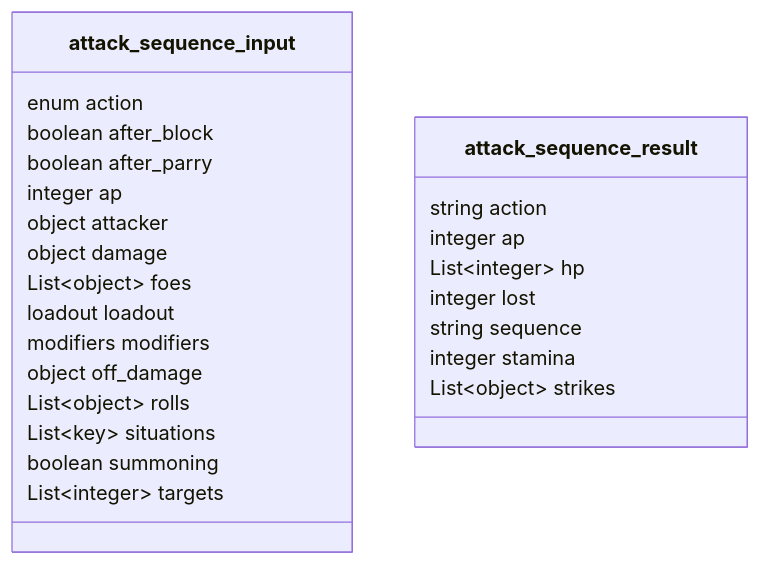
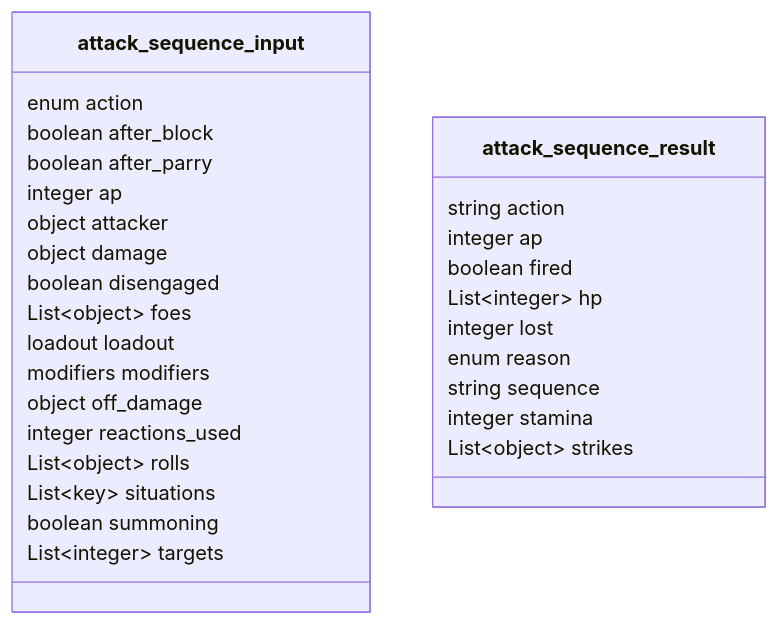
Before and after one commit to SETA1609/riftweave-core: the fourth of 30 diagrams in docs/backend/contract-diagram.md, drawn with Mermaid. The commit also changed other lines of this file and 145 other files, not shown here.

````diff
--- a/docs/backend/contract-diagram.md
+++ b/docs/backend/contract-diagram.md
@@ -186,28 +186,32 @@
 ```mermaid
 classDiagram
     class attack_sequence_input {
         enum action
         boolean after_block
         boolean after_parry
         integer ap
         object attacker
         object damage
+        boolean disengaged
         List~object~ foes
         loadout loadout
         modifiers modifiers
         object off_damage
+        integer reactions_used
         List~object~ rolls
         List~key~ situations
         boolean summoning
         List~integer~ targets
     }
     class attack_sequence_result {
         string action
         integer ap
+        boolean fired
         List~integer~ hp
         integer lost
+        enum reason
         string sequence
         integer stamina
         List~object~ strikes
     }
 ```
````
